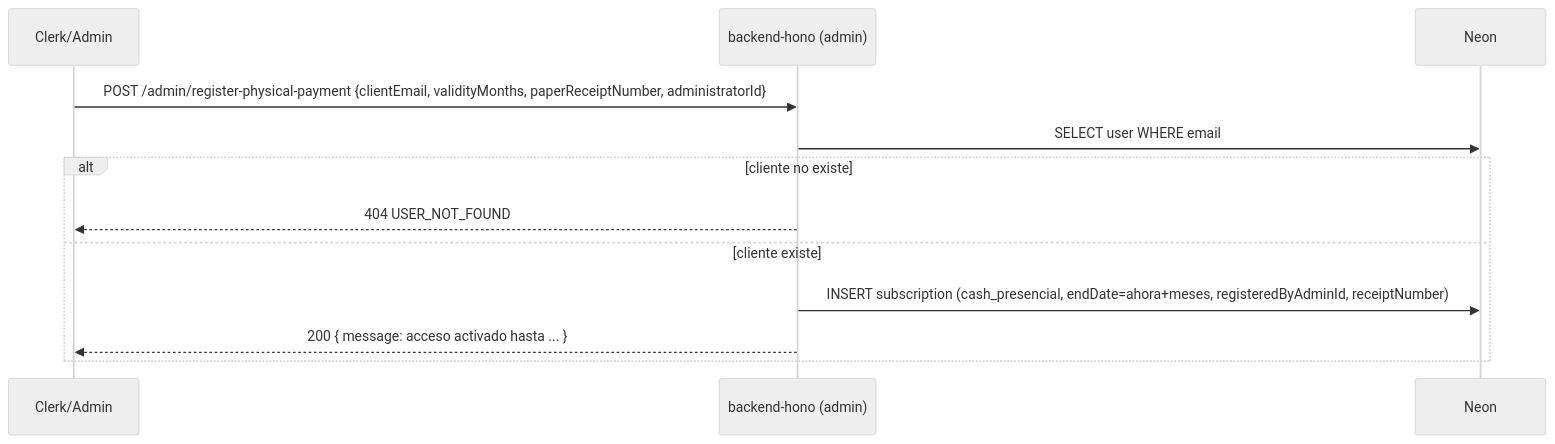
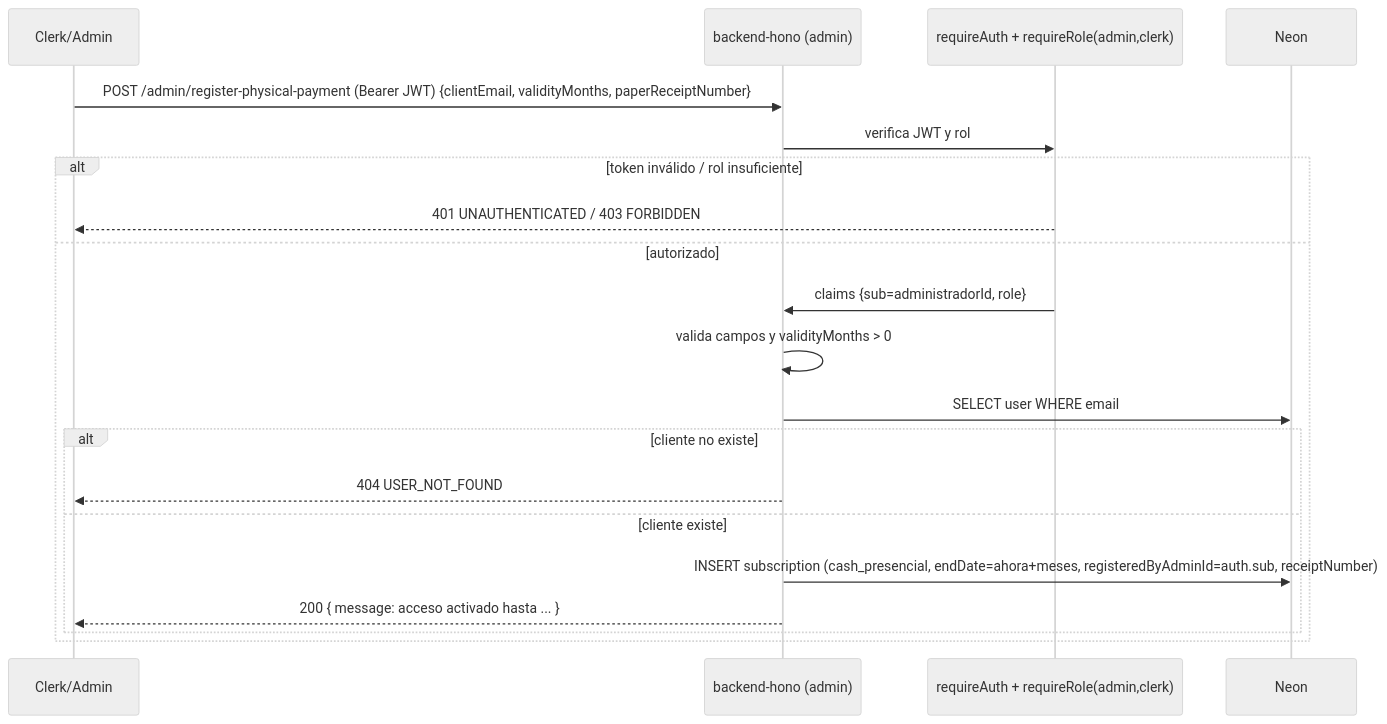
The diagram in docs/05_Procesos/Flujo_Cobro_Presencial.md (ogescoto/loto-honduras-analytics), drawn with Mermaid (neutral theme) before and after one commit. The commit also changed other lines of this file and 123 other files, not shown here.

````diff
--- a/docs/05_Procesos/Flujo_Cobro_Presencial.md
+++ b/docs/05_Procesos/Flujo_Cobro_Presencial.md
@@ -21,14 +21,22 @@
 ```mermaid
 sequenceDiagram
   participant K as Clerk/Admin
   participant API as backend-hono (admin)
+  participant AU as requireAuth + requireRole(admin,clerk)
   participant DB as Neon
-  K->>API: POST /admin/register-physical-payment {clientEmail, validityMonths, paperReceiptNumber, administratorId}
-  API->>DB: SELECT user WHERE email
-  alt cliente no existe
-    API-->>K: 404 USER_NOT_FOUND
-  else cliente existe
-    API->>DB: INSERT subscription (cash_presencial, endDate=ahora+meses, registeredByAdminId, receiptNumber)
-    API-->>K: 200 { message: acceso activado hasta ... }
+  K->>API: POST /admin/register-physical-payment (Bearer JWT) {clientEmail, validityMonths, paperReceiptNumber}
+  API->>AU: verifica JWT y rol
+  alt token inválido / rol insuficiente
+    AU-->>K: 401 UNAUTHENTICATED / 403 FORBIDDEN
+  else autorizado
+    AU->>API: claims {sub=administradorId, role}
+    API->>API: valida campos y validityMonths > 0
+    API->>DB: SELECT user WHERE email
+    alt cliente no existe
+      API-->>K: 404 USER_NOT_FOUND
+    else cliente existe
+      API->>DB: INSERT subscription (cash_presencial, endDate=ahora+meses, registeredByAdminId=auth.sub, receiptNumber)
+      API-->>K: 200 { message: acceso activado hasta ... }
+    end
   end
 ```
````
